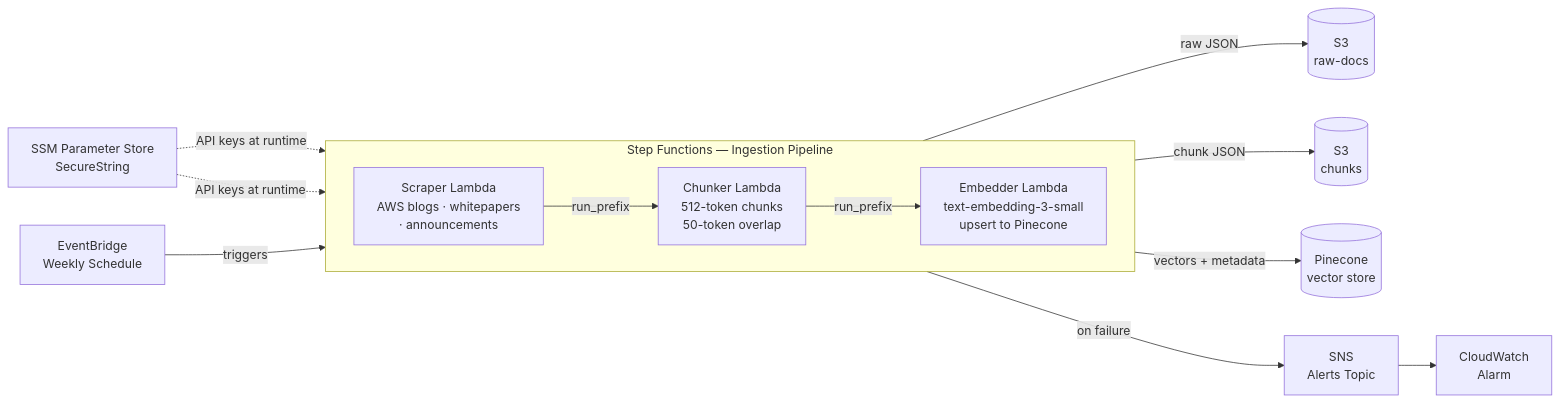
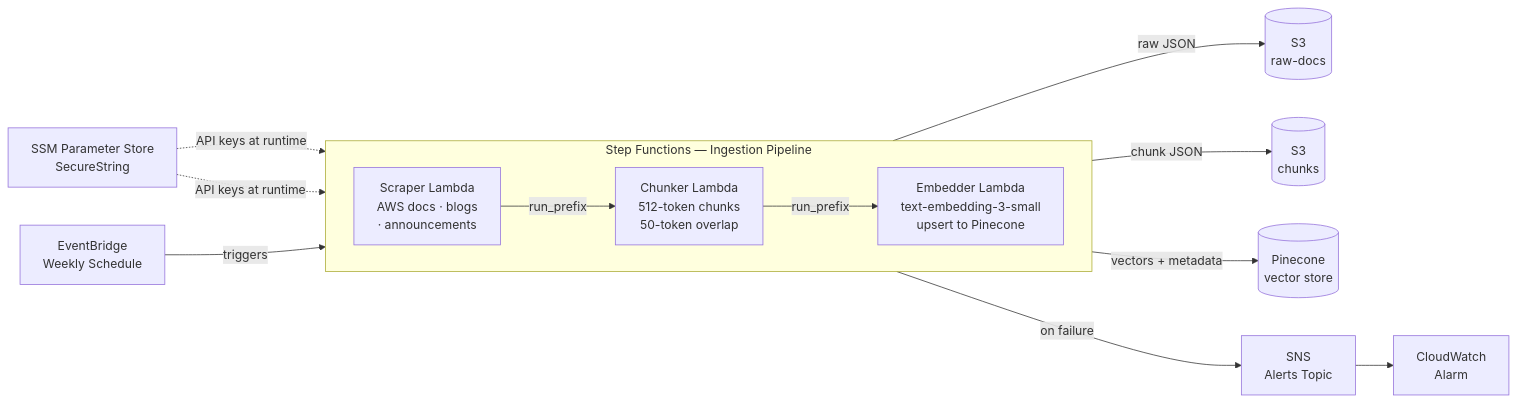
Before and after one commit to sarneet-singh/aws-rag-chatbot: the first of 2 diagrams in README.md, drawn with Mermaid. The commit also changed other lines of this file and 10 other files, not shown here.

````diff
--- a/README.md
+++ b/README.md
@@ -9,22 +9,22 @@
 ```mermaid
 flowchart LR
     EB[EventBridge\nWeekly Schedule] -->|triggers| SFN
 
     subgraph SFN [Step Functions — Ingestion Pipeline]
         direction LR
-        SC[Scraper Lambda\nAWS blogs · whitepapers\n· announcements]
+        SC[Scraper Lambda\nAWS docs · blogs\n· announcements]
         CH[Chunker Lambda\n512-token chunks\n50-token overlap]
         EM[Embedder Lambda\ntext-embedding-3-small\nupsert to Pinecone]
         SC -->|run_prefix| CH -->|run_prefix| EM
     end
 
     SC -->|raw JSON| S3R[(S3\nraw-docs)]
     CH -->|chunk JSON| S3C[(S3\nchunks)]
     EM -->|vectors + metadata| PC[(Pinecone\nvector store)]
 
     SFN -->|on failure| SNS[SNS\nAlerts Topic]
     SNS --> CW[CloudWatch\nAlarm]
 
     SSM[SSM Parameter Store\nSecureString] -.->|API keys at runtime| SC
     SSM -.->|API keys at runtime| EM
 ```
````
